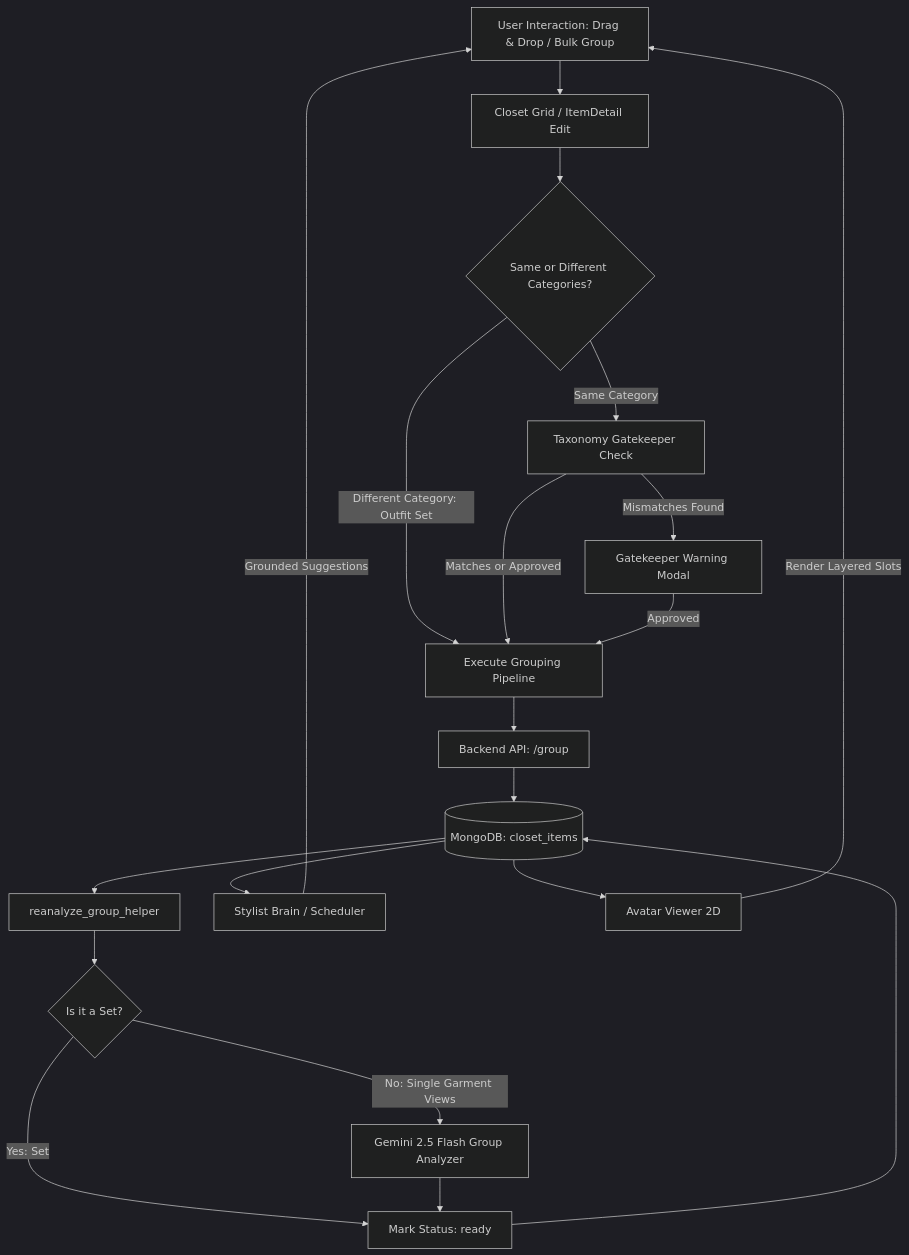
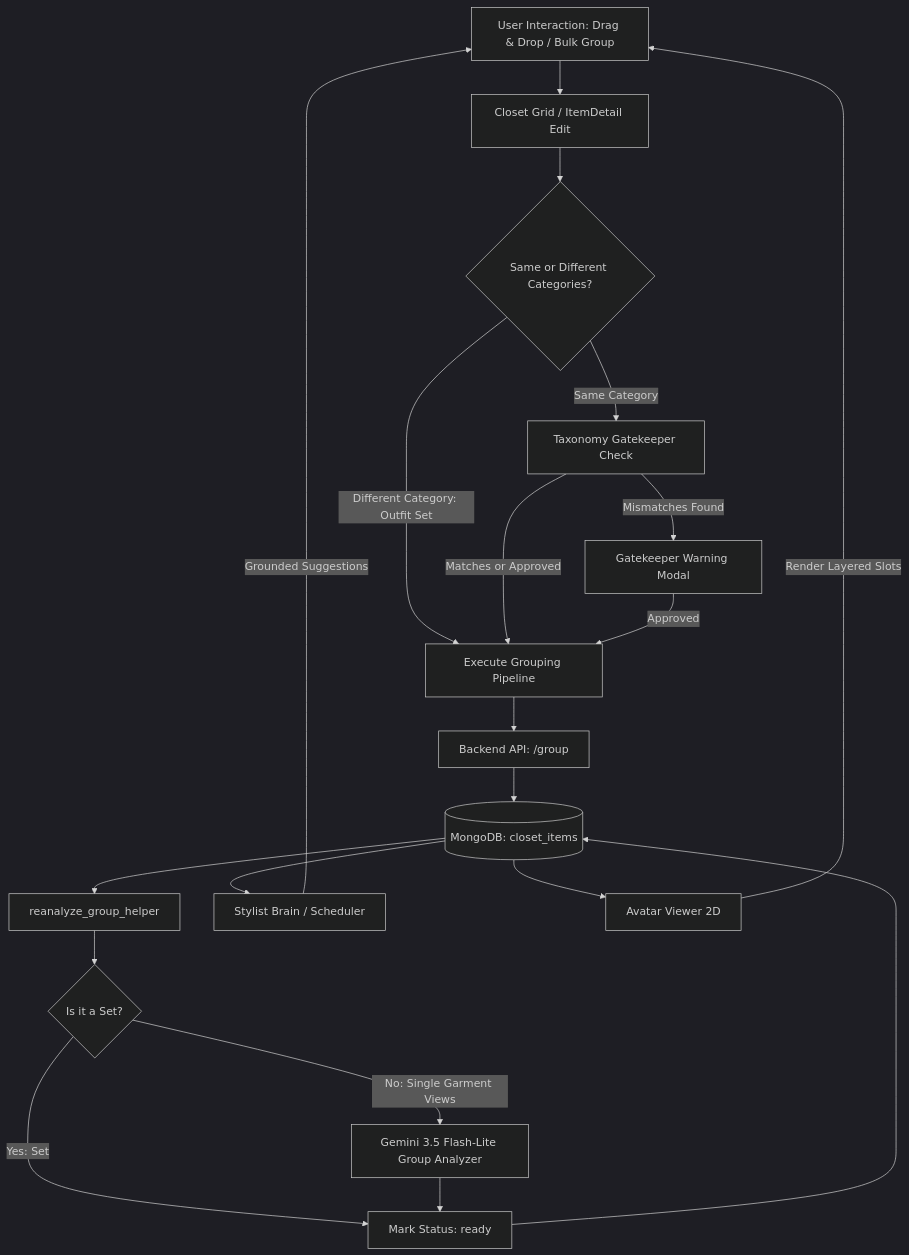
Before and after one commit to Yoram-Jacobs/DressAppV1: the diagram in apps/web/public/wiki/fr/item_group.md, drawn with Mermaid (dark theme). The commit also changed 210 other files, not shown here.

````diff
--- a/apps/web/public/wiki/fr/item_group.md
+++ b/apps/web/public/wiki/fr/item_group.md
@@ -16,38 +16,38 @@
 ```mermaid
 graph TD
     User[User Interaction: Drag & Drop / Bulk Group]
     Grid[Closet Grid / ItemDetail Edit]
     Gatekeeper{Same or Different Categories?}
     Check[Taxonomy Gatekeeper Check]
     ConfirmModal[Gatekeeper Warning Modal]
     RunGroup[Execute Grouping Pipeline]
     API[Backend API: /group]
     DB[(MongoDB: closet_items)]
     Warmup[reanalyze_group_helper]
     SetCheck{Is it a Set?}
-    LLM[Gemini 2.5 Flash Group Analyzer]
+    LLM[Gemini 3.5 Flash-Lite Group Analyzer]
     Ready[Mark Status: ready]
     Stylist[Stylist Brain / Scheduler]
     Avatar[Avatar Viewer 2D]
 
     User --> Grid
     Grid --> Gatekeeper
     Gatekeeper -- Same Category --> Check
     Gatekeeper -- Different Category: Outfit Set --> RunGroup
     Check -- Mismatches Found --> ConfirmModal
     Check -- Matches or Approved --> RunGroup
     ConfirmModal -- Approved --> RunGroup
     RunGroup --> API
     API --> DB
     DB --> Warmup
     Warmup --> SetCheck
     SetCheck -- Yes: Set --> Ready
     SetCheck -- No: Single Garment Views --> LLM
     LLM --> Ready
     Ready --> DB
     
     DB --> Stylist
     DB --> Avatar
     Stylist -- Grounded Suggestions --> User
     Avatar -- Render Layered Slots --> User
 ```
````
